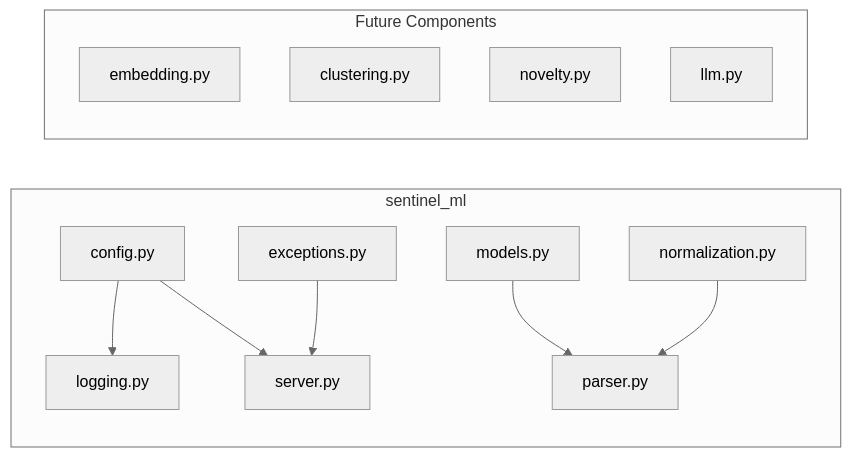
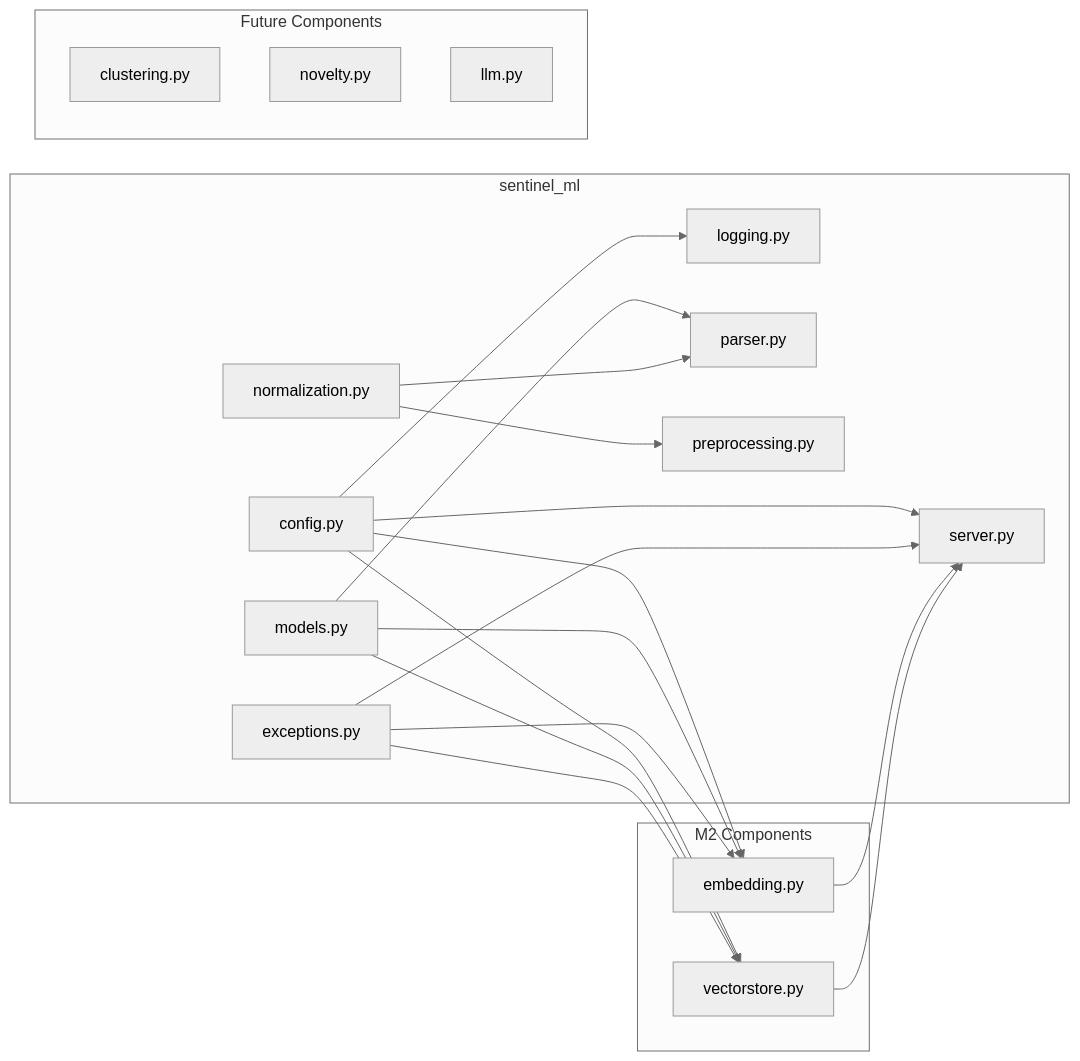
One commit to varadharajaan/sentinel-log-ai changed the third of 11 diagrams in docs/architecture.md. Above: the diagram before and after it, drawn with Mermaid (neutral theme). The commit also changed other lines of this file and 8 other files, not shown here.

````diff
--- a/docs/architecture.md
+++ b/docs/architecture.md
@@ -125,25 +125,39 @@
 ```mermaid
 graph LR
     subgraph "sentinel_ml"
         MODELS[models.py]
         CONFIG[config.py]
         LOG[logging.py]
         NORM[normalization.py]
         PARSER[parser.py]
         SERVER[server.py]
         EXC[exceptions.py]
+        PRE[preprocessing.py]
+    end
+
+    subgraph "M2 Components"
+        EMB[embedding.py]
+        VS[vectorstore.py]
     end
 
     subgraph "Future Components"
-        EMB[embedding.py]
         CLUSTER[clustering.py]
         NOVELTY[novelty.py]
         LLM[llm.py]
     end
 
     CONFIG --> LOG
     CONFIG --> SERVER
+    CONFIG --> EMB
+    CONFIG --> VS
     MODELS --> PARSER
+    MODELS --> EMB
+    MODELS --> VS
     NORM --> PARSER
+    NORM --> PRE
     EXC --> SERVER
+    EXC --> EMB
+    EXC --> VS
+    EMB --> SERVER
+    VS --> SERVER
 ```
````
